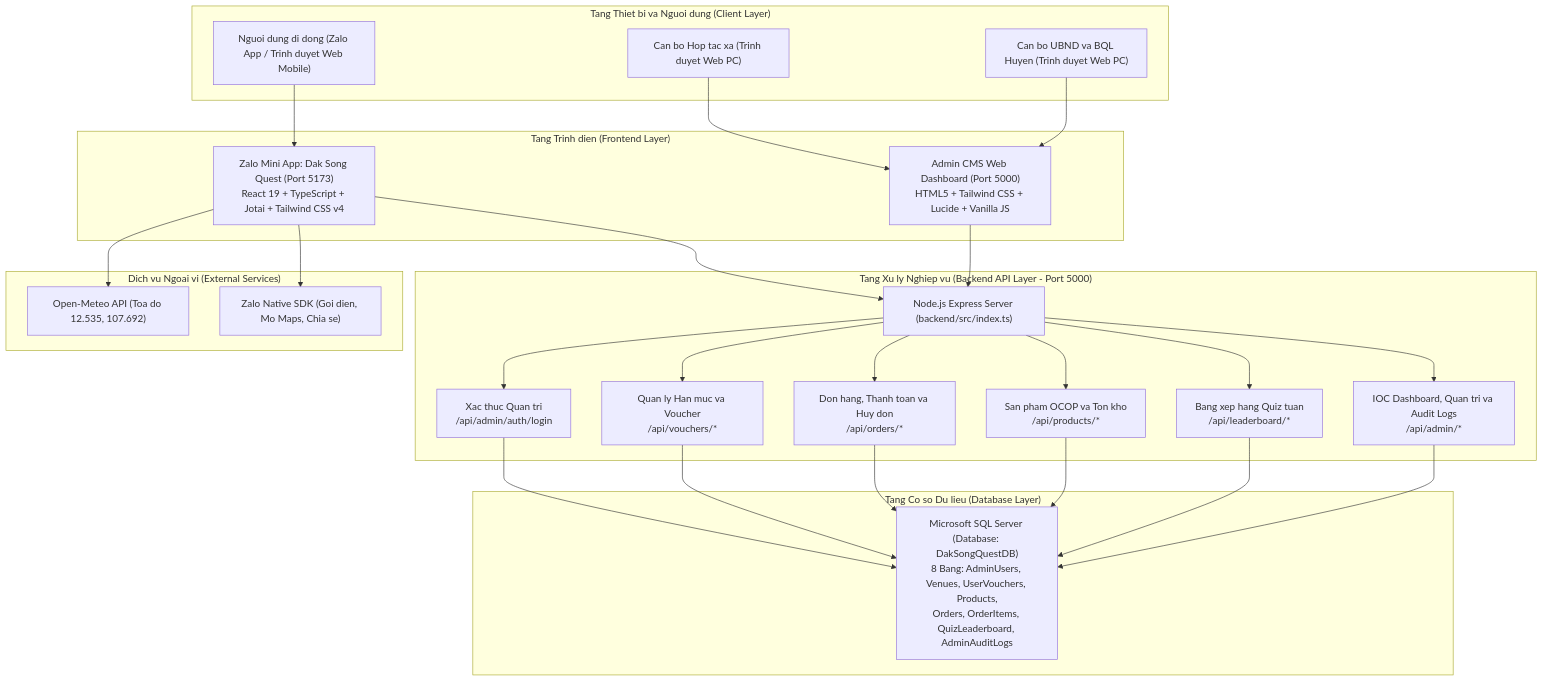
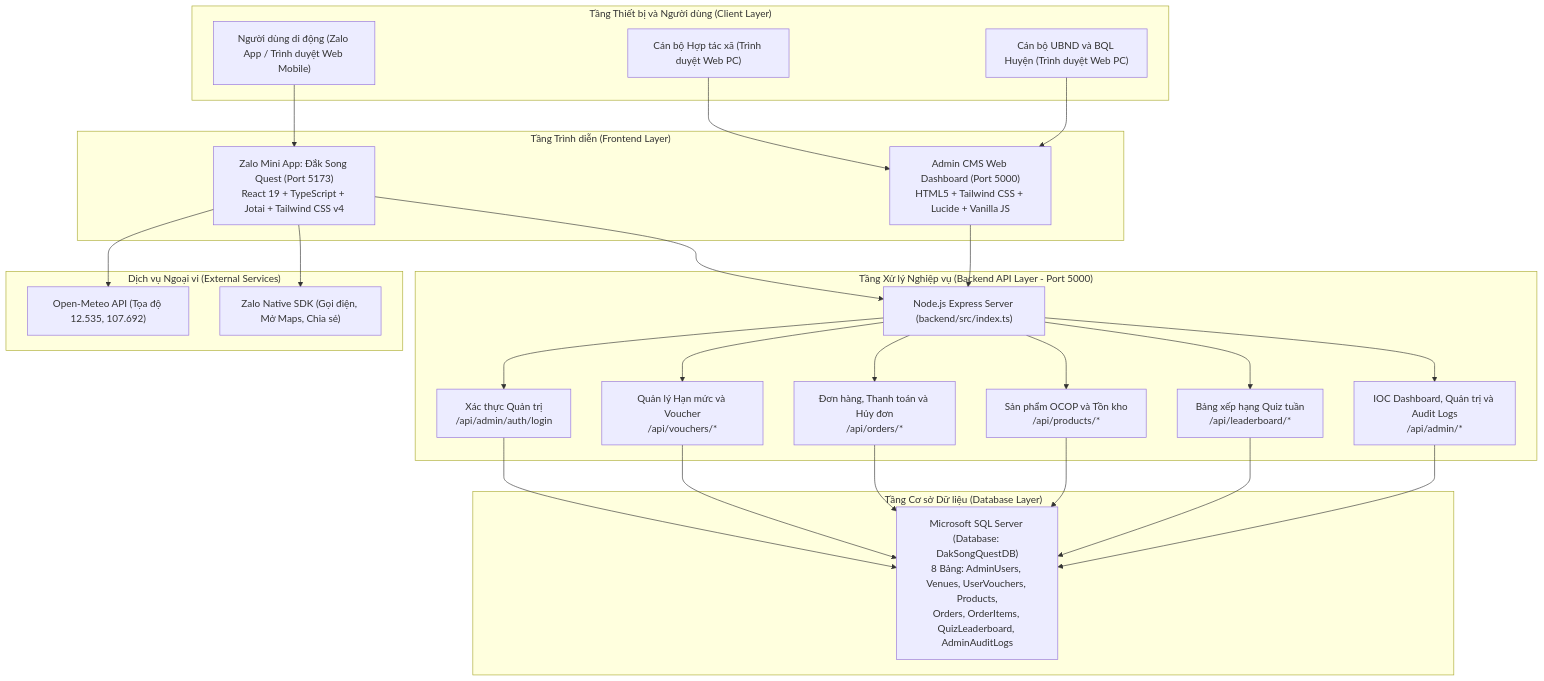
One commit to ZangKai2k3/dak-song-quest changed the first of 10 diagrams in MO_TA_HE_THONG.md. Above: the diagram before and after it, drawn with Mermaid. The commit also changed other lines of this file and 2 other files, not shown here.

Commit message:
docs: chuyen doi toan bo file md sang tieng Viet co dau chuan chinh, khong emoji

````diff
--- a/MO_TA_HE_THONG.md
+++ b/MO_TA_HE_THONG.md
@@ -75,56 +75,56 @@
 ```mermaid
 graph TD
-    subgraph ClientLayer["Tang Thiet bi va Nguoi dung (Client Layer)"]
-        UserMobile["Nguoi dung di dong (Zalo App / Trinh duyet Web Mobile)"]
-        AdminCoopUser["Can bo Hop tac xa (Trinh duyet Web PC)"]
-        AdminDistUser["Can bo UBND va BQL Huyen (Trinh duyet Web PC)"]
+    subgraph ClientLayer["Tầng Thiết bị và Người dùng (Client Layer)"]
+        UserMobile["Người dùng di động (Zalo App / Trình duyệt Web Mobile)"]
+        AdminCoopUser["Cán bộ Hợp tác xã (Trình duyệt Web PC)"]
+        AdminDistUser["Cán bộ UBND và BQL Huyện (Trình duyệt Web PC)"]
     end
 
-    subgraph PresentationLayer["Tang Trinh dien (Frontend Layer)"]
-        MiniAppSPA["Zalo Mini App: Dak Song Quest (Port 5173)\nReact 19 + TypeScript + Jotai + Tailwind CSS v4"]
+    subgraph PresentationLayer["Tầng Trình diễn (Frontend Layer)"]
+        MiniAppSPA["Zalo Mini App: Đắk Song Quest (Port 5173)\nReact 19 + TypeScript + Jotai + Tailwind CSS v4"]
         AdminWebSPA["Admin CMS Web Dashboard (Port 5000)\nHTML5 + Tailwind CSS + Lucide + Vanilla JS"]
     end
 
-    subgraph ServiceLayer["Tang Xu ly Nghiep vu (Backend API Layer - Port 5000)"]
+    subgraph ServiceLayer["Tầng Xử lý Nghiệp vụ (Backend API Layer - Port 5000)"]
         ExpressCore["Node.js Express Server (backend/src/index.ts)"]
         
-        RouterAuth["Xac thuc Quan tri\n/api/admin/auth/login"]
-        RouterVouchers["Quan ly Han muc va Voucher\n/api/vouchers/*"]
-        RouterOrders["Don hang, Thanh toan va Huy don\n/api/orders/*"]
-        RouterProducts["San pham OCOP va Ton kho\n/api/products/*"]
-        RouterLeaderboard["Bang xep hang Quiz tuan\n/api/leaderboard/*"]
-        RouterAdmin["IOC Dashboard, Quan tri va Audit Logs\n/api/admin/*"]
+        RouterAuth["Xác thực Quản trị\n/api/admin/auth/login"]
+        RouterVouchers["Quản lý Hạn mức và Voucher\n/api/vouchers/*"]
+        RouterOrders["Đơn hàng, Thanh toán và Hủy đơn\n/api/orders/*"]
+        RouterProducts["Sản phẩm OCOP và Tồn kho\n/api/products/*"]
+        RouterLeaderboard["Bảng xếp hạng Quiz tuần\n/api/leaderboard/*"]
+        RouterAdmin["IOC Dashboard, Quản trị và Audit Logs\n/api/admin/*"]
     end
 
-    subgraph DatabaseLayer["Tang Co so Du lieu (Database Layer)"]
-        MSSQLDB["Microsoft SQL Server (Database: DakSongQuestDB)\n8 Bang: AdminUsers, Venues, UserVouchers, Products,\nOrders, OrderItems, QuizLeaderboard, AdminAuditLogs"]
+    subgraph DatabaseLayer["Tầng Cơ sở Dữ liệu (Database Layer)"]
+        MSSQLDB["Microsoft SQL Server (Database: DakSongQuestDB)\n8 Bảng: AdminUsers, Venues, UserVouchers, Products,\nOrders, OrderItems, QuizLeaderboard, AdminAuditLogs"]
     end
 
-    subgraph ExternalLayer["Dich vu Ngoai vi (External Services)"]
-        OpenMeteoService["Open-Meteo API (Toa do 12.535, 107.692)"]
-        ZaloSDKService["Zalo Native SDK (Goi dien, Mo Maps, Chia se)"]
+    subgraph ExternalLayer["Dịch vụ Ngoại vi (External Services)"]
+        OpenMeteoService["Open-Meteo API (Tọa độ 12.535, 107.692)"]
+        ZaloSDKService["Zalo Native SDK (Gọi điện, Mở Maps, Chia sẻ)"]
     end
 
     UserMobile --> MiniAppSPA
     AdminCoopUser --> AdminWebSPA
     AdminDistUser --> AdminWebSPA
 
     MiniAppSPA --> ExpressCore
     MiniAppSPA --> OpenMeteoService
     MiniAppSPA --> ZaloSDKService
     AdminWebSPA --> ExpressCore
 
     ExpressCore --> RouterAuth
     ExpressCore --> RouterVouchers
     ExpressCore --> RouterOrders
     ExpressCore --> RouterProducts
     ExpressCore --> RouterLeaderboard
     ExpressCore --> RouterAdmin
 
     RouterAuth --> MSSQLDB
     RouterVouchers --> MSSQLDB
     RouterOrders --> MSSQLDB
     RouterProducts --> MSSQLDB
     RouterLeaderboard --> MSSQLDB
     RouterAdmin --> MSSQLDB
 ```
````
